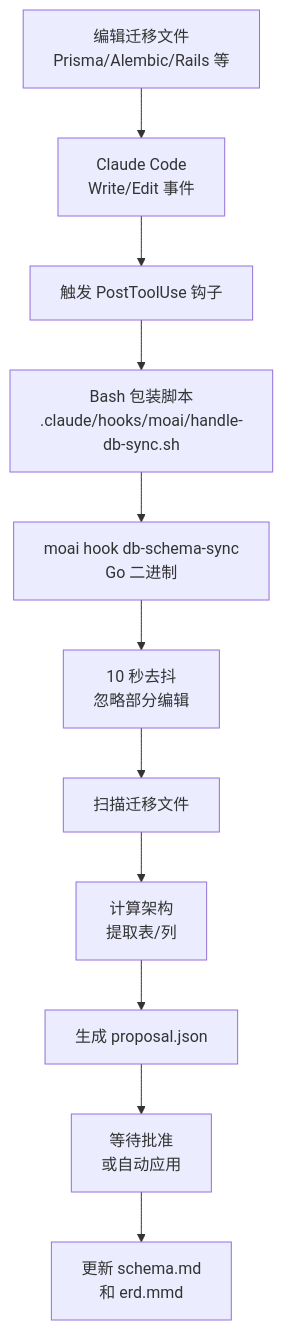
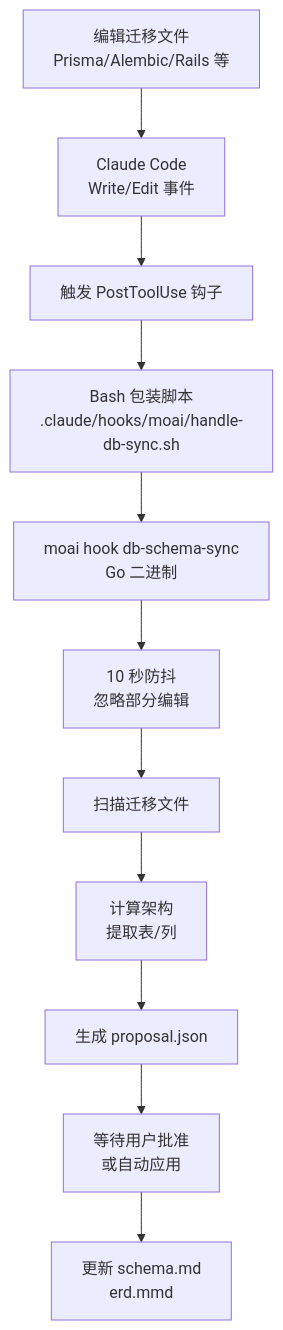
Before and after one commit to modu-ai/moai-adk: the diagram in docs-site/content/zh/db/schema-sync.md, drawn with Mermaid. The commit also changed other lines of this file and 395 other files, not shown here.

````diff
--- a/docs-site/content/zh/db/schema-sync.md
+++ b/docs-site/content/zh/db/schema-sync.md
@@ -14,13 +16,13 @@
 ```mermaid
 flowchart TD
     A["编辑迁移文件<br/>Prisma/Alembic/Rails 等"] --> B["Claude Code<br/>Write/Edit 事件"]
     B --> C["触发 PostToolUse 钩子"]
     C --> D["Bash 包装脚本<br/>.claude/hooks/moai/handle-db-sync.sh"]
     D --> E["moai hook db-schema-sync<br/>Go 二进制"]
-    E --> F["10 秒去抖<br/>忽略部分编辑"]
+    E --> F["10 秒防抖<br/>忽略部分编辑"]
     F --> G["扫描迁移文件"]
     G --> H["计算架构<br/>提取表/列"]
     H --> I["生成 proposal.json"]
-    I --> J["等待批准<br/>或自动应用"]
-    J --> K["更新 schema.md<br/>和 erd.mmd"]
+    I --> J["等待用户批准<br/>或自动应用"]
+    J --> K["更新 schema.md<br/>erd.mmd"]
 ```
````
